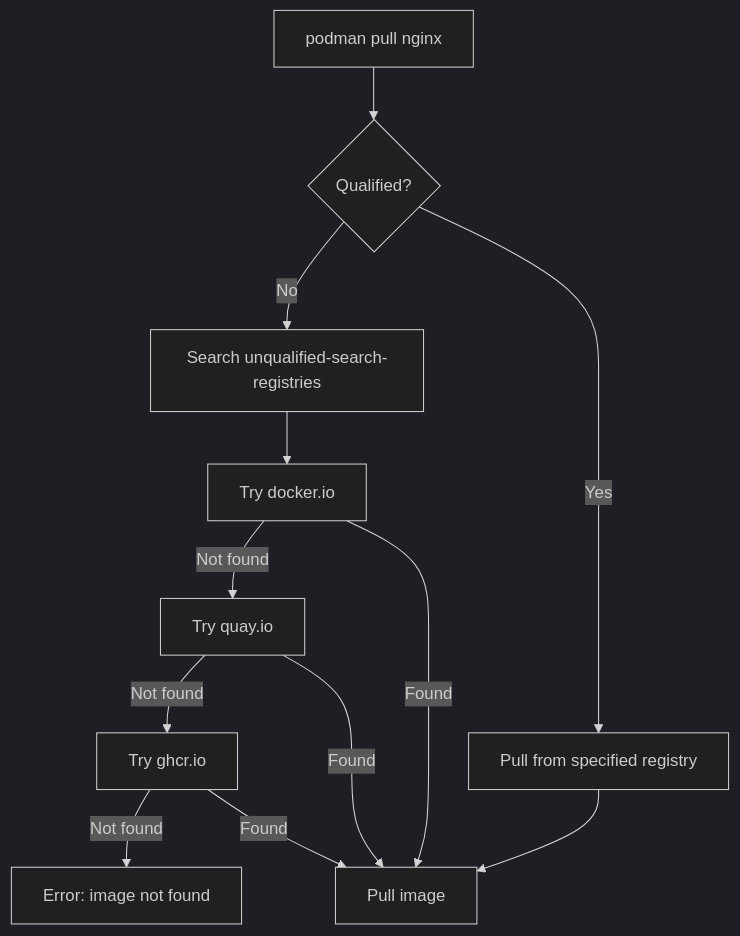
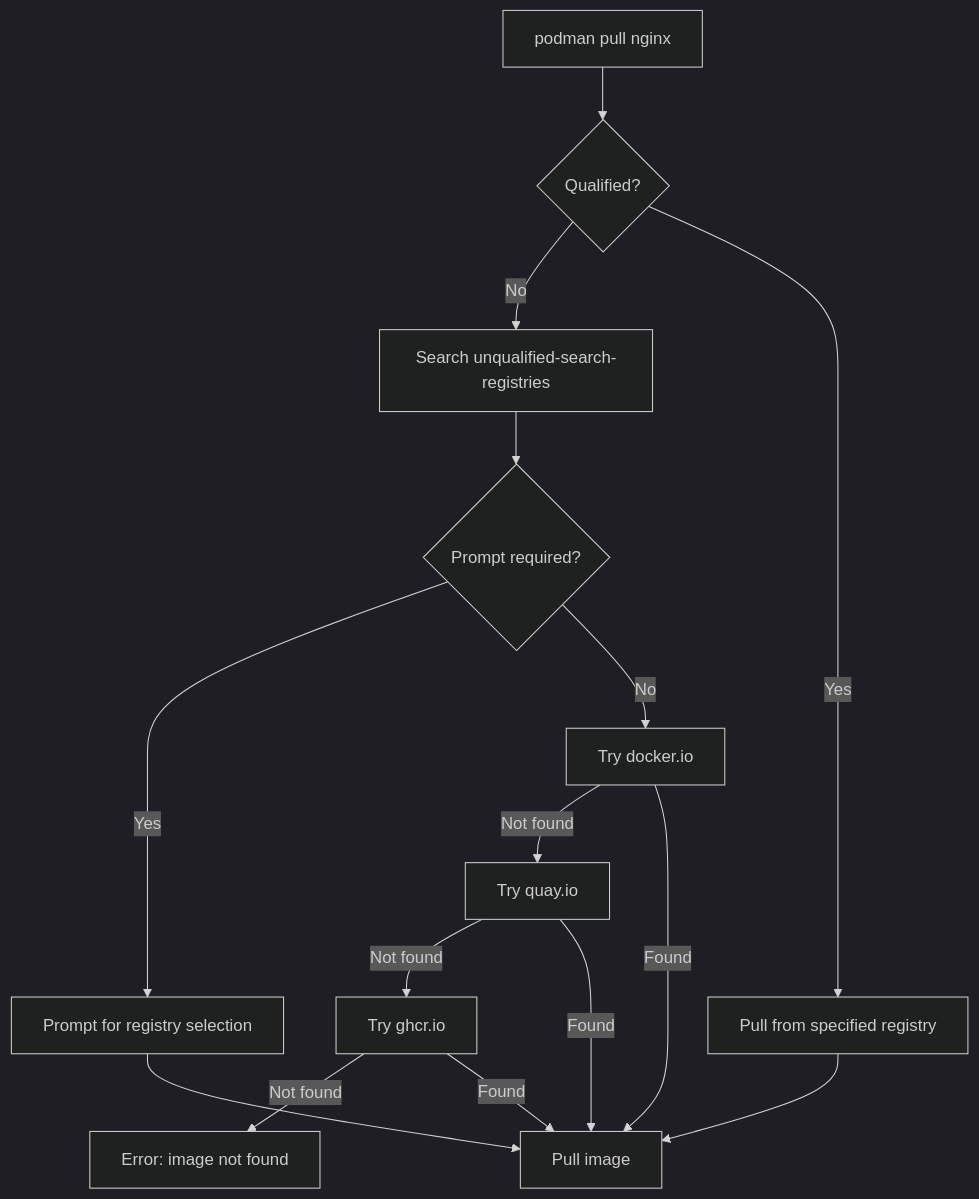
Before and after one commit to OneUptime/blog: the second of 4 diagrams in posts/2026-01-27-podman-registry/README.md, drawn with Mermaid (dark theme). The commit also changed other lines of this file and 2 other files, not shown here.

Commit message:
validate: 2026-01-27-podman-registry

````diff
--- a/posts/2026-01-27-podman-registry/README.md
+++ b/posts/2026-01-27-podman-registry/README.md
@@ -89,14 +92,17 @@
 ```mermaid
 flowchart TB
     Pull["podman pull nginx"] --> Check{Qualified?}
     Check -->|No| Search["Search unqualified-search-registries"]
     Check -->|Yes| Direct["Pull from specified registry"]
-    Search --> R1["Try docker.io"]
+    Search --> Mode{Prompt required?}
+    Mode -->|Yes| Prompt["Prompt for registry selection"]
+    Mode -->|No| R1["Try docker.io"]
+    Prompt --> Success
     R1 -->|Not found| R2["Try quay.io"]
     R2 -->|Not found| R3["Try ghcr.io"]
     R3 -->|Not found| Fail["Error: image not found"]
     R1 -->|Found| Success["Pull image"]
     R2 -->|Found| Success
     R3 -->|Found| Success
     Direct --> Success
 ```
````
